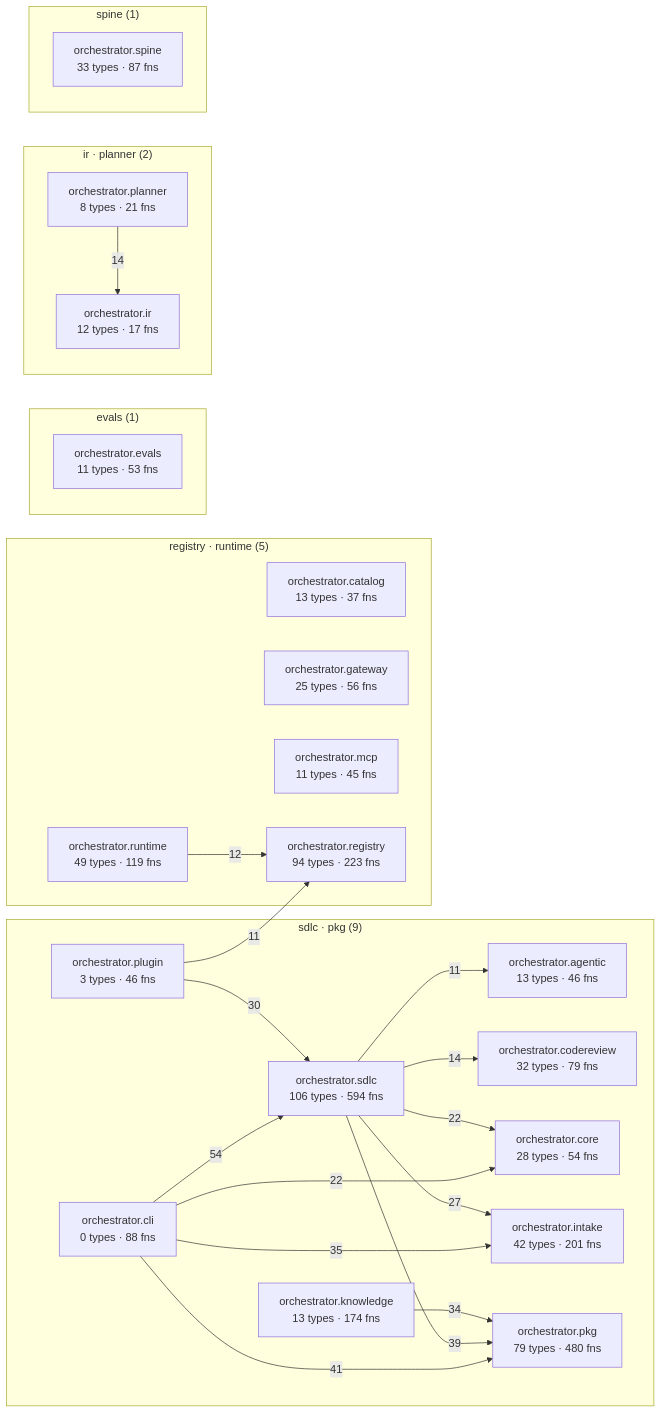
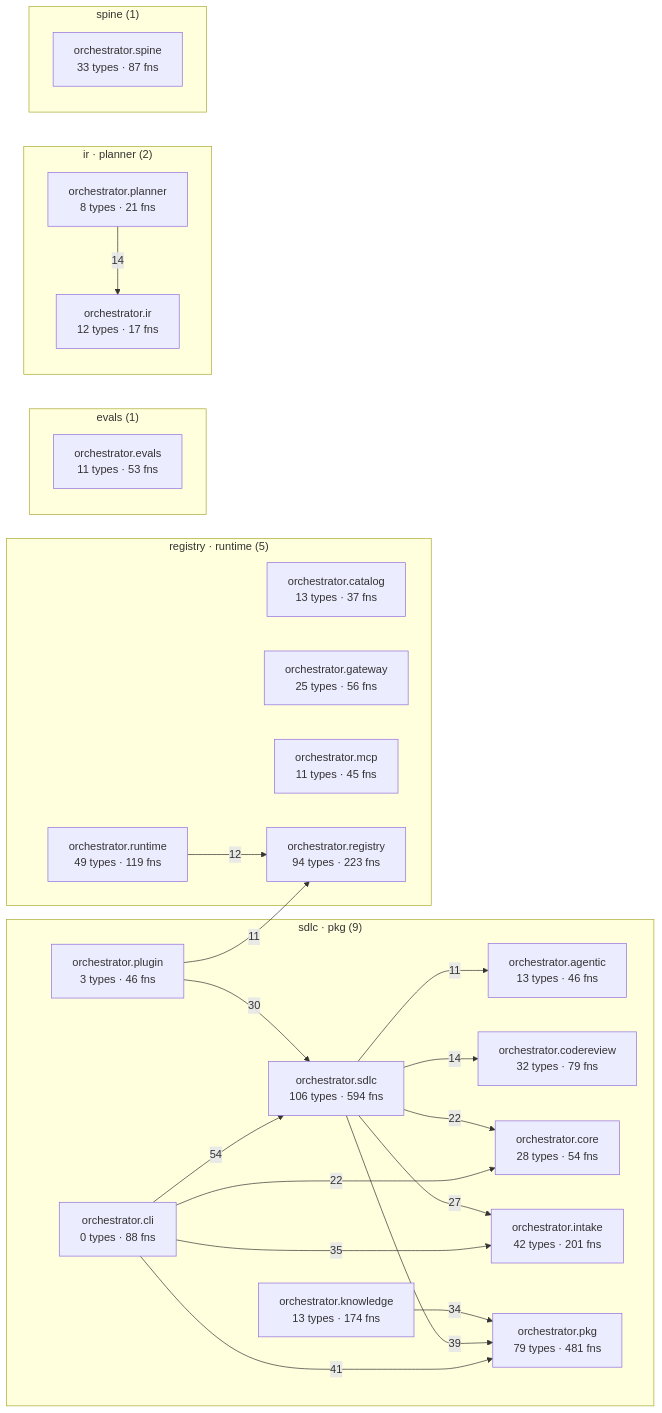
One commit to synaptixs/spine changed the diagram in episteme/architecture.md. Above: the diagram before and after it, drawn with Mermaid. The commit also changed other lines of this file and 5 other files, not shown here.

````diff
--- a/episteme/architecture.md
+++ b/episteme/architecture.md
@@ -54,45 +54,45 @@
 ```mermaid
 flowchart LR
   subgraph c_1["sdlc · pkg (9)"]
     aorchestratoragentic["orchestrator.agentic<br/>13 types · 46 fns"]
     aorchestratorcli["orchestrator.cli<br/>0 types · 88 fns"]
     aorchestratorcodereview["orchestrator.codereview<br/>32 types · 79 fns"]
     aorchestratorcore["orchestrator.core<br/>28 types · 54 fns"]
     aorchestratorintake["orchestrator.intake<br/>42 types · 201 fns"]
     aorchestratorknowledge["orchestrator.knowledge<br/>13 types · 174 fns"]
-    aorchestratorpkg["orchestrator.pkg<br/>79 types · 480 fns"]
+    aorchestratorpkg["orchestrator.pkg<br/>79 types · 481 fns"]
     aorchestratorplugin["orchestrator.plugin<br/>3 types · 46 fns"]
     aorchestratorsdlc["orchestrator.sdlc<br/>106 types · 594 fns"]
   end
   subgraph c_3["registry · runtime (5)"]
     aorchestratorcatalog["orchestrator.catalog<br/>13 types · 37 fns"]
     aorchestratorgateway["orchestrator.gateway<br/>25 types · 56 fns"]
     aorchestratormcp["orchestrator.mcp<br/>11 types · 45 fns"]
     aorchestratorregistry["orchestrator.registry<br/>94 types · 223 fns"]
     aorchestratorruntime["orchestrator.runtime<br/>49 types · 119 fns"]
   end
   subgraph c_5["evals (1)"]
     aorchestratorevals["orchestrator.evals<br/>11 types · 53 fns"]
   end
   subgraph c_7["ir · planner (2)"]
     aorchestratorir["orchestrator.ir<br/>12 types · 17 fns"]
     aorchestratorplanner["orchestrator.planner<br/>8 types · 21 fns"]
   end
   subgraph c_10["spine (1)"]
     aorchestratorspine["orchestrator.spine<br/>33 types · 87 fns"]
   end
   aorchestratorcli -->|54| aorchestratorsdlc
   aorchestratorcli -->|41| aorchestratorpkg
   aorchestratorsdlc -->|39| aorchestratorpkg
   aorchestratorcli -->|35| aorchestratorintake
   aorchestratorknowledge -->|34| aorchestratorpkg
   aorchestratorplugin -->|30| aorchestratorsdlc
   aorchestratorsdlc -->|27| aorchestratorintake
   aorchestratorcli -->|22| aorchestratorcore
   aorchestratorsdlc -->|22| aorchestratorcore
   aorchestratorplanner -->|14| aorchestratorir
   aorchestratorsdlc -->|14| aorchestratorcodereview
   aorchestratorruntime -->|12| aorchestratorregistry
   aorchestratorplugin -->|11| aorchestratorregistry
   aorchestratorsdlc -->|11| aorchestratoragentic
 ```
````
